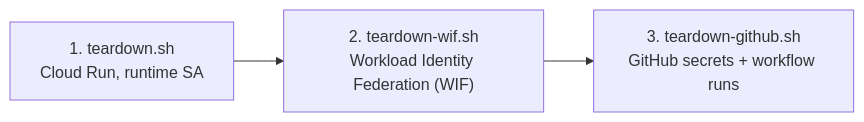
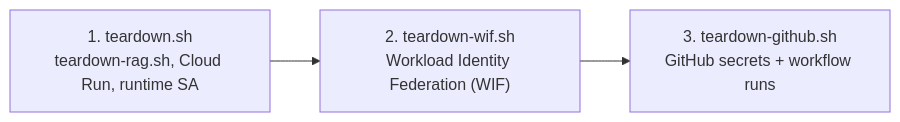
One commit to cloudsteak/trn-gcp-ai-contract-analyzer changed the fourth of 6 diagrams in README.md. Above: the diagram before and after it, drawn with Mermaid. The commit also changed other lines of this file and 17 other files, not shown here.

````diff
--- a/README.md
+++ b/README.md
@@ -667,5 +669,5 @@
 ```mermaid
 flowchart LR
-    T1["1. teardown.sh<br/>Cloud Run, runtime SA"] --> T2["2. teardown-wif.sh<br/>Workload Identity Federation (WIF)"]
+    T1["1. teardown.sh<br/>teardown-rag.sh, Cloud Run, runtime SA"] --> T2["2. teardown-wif.sh<br/>Workload Identity Federation (WIF)"]
     T2 --> T3["3. teardown-github.sh<br/>GitHub secrets + workflow runs"]
 ```
````
